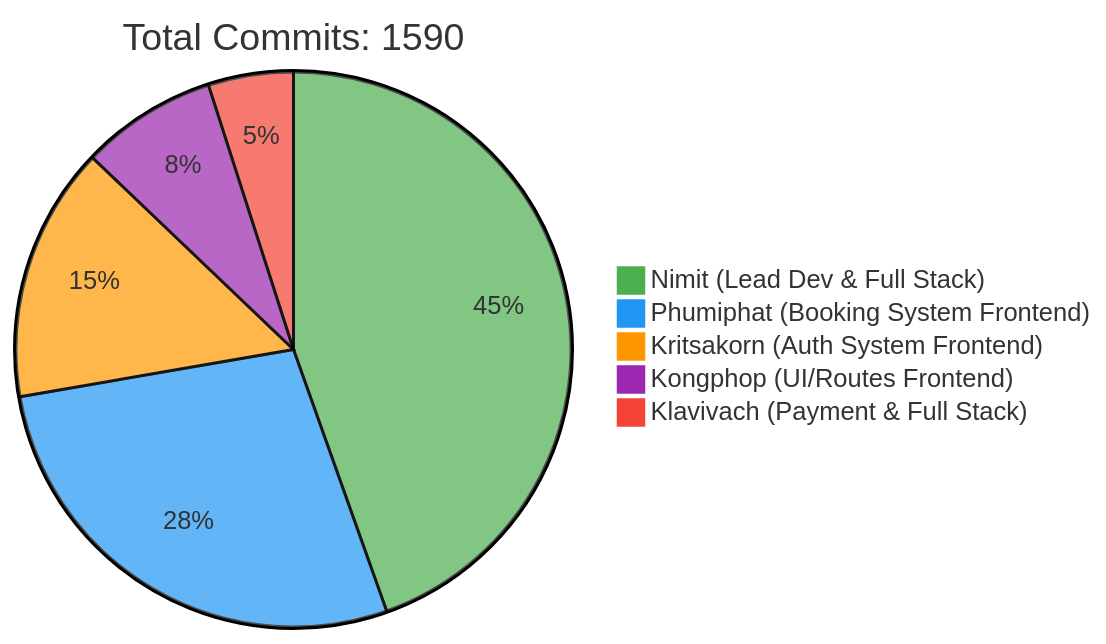
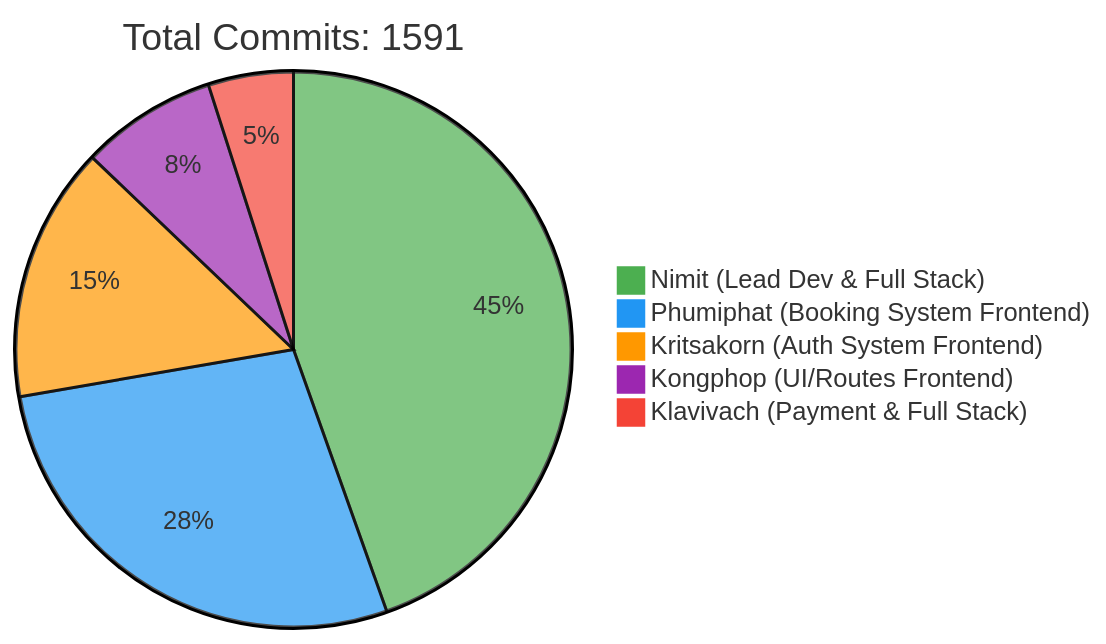
One commit to 6531503042/Sport-Complex changed the first of 2 diagrams in README.md. Above: the diagram before and after it, drawn with Mermaid. The commit also changed other lines of this file, not shown here.

Commit message:
docs: Update contributor statistics [skip ci]

````diff
--- a/README.md
+++ b/README.md
@@ -257,10 +257,10 @@
 ```mermaid
 %%{init: {'theme': 'base', 'themeVariables': { 'pie1': '#4CAF50', 'pie2': '#2196F3', 'pie3': '#FF9800', 'pie4': '#9C27B0', 'pie5': '#F44336'}}}%%
 pie
-    title Total Commits: 1590
+    title Total Commits: 1591
     "Nimit (Lead Dev & Full Stack)" : 450
     "Phumiphat (Booking System Frontend)" : 280
     "Kritsakorn (Auth System Frontend)" : 150
     "Kongphop (UI/Routes Frontend)" : 80
     "Klavivach (Payment & Full Stack)" : 50
 ```
````
